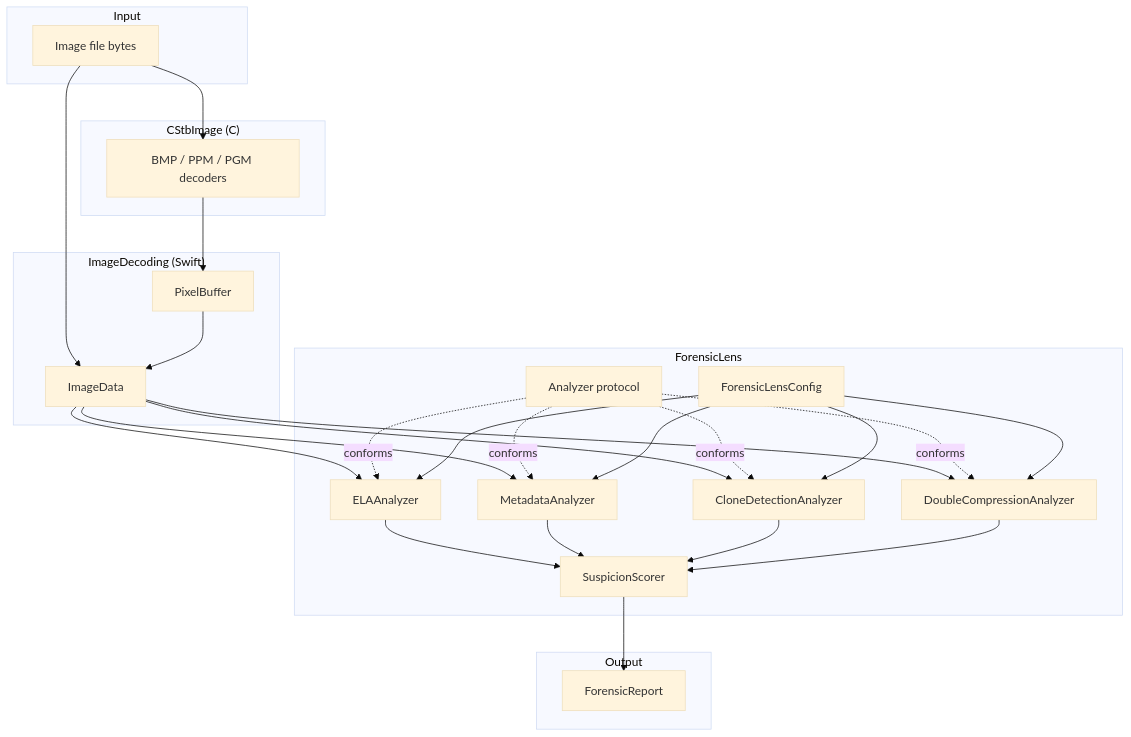
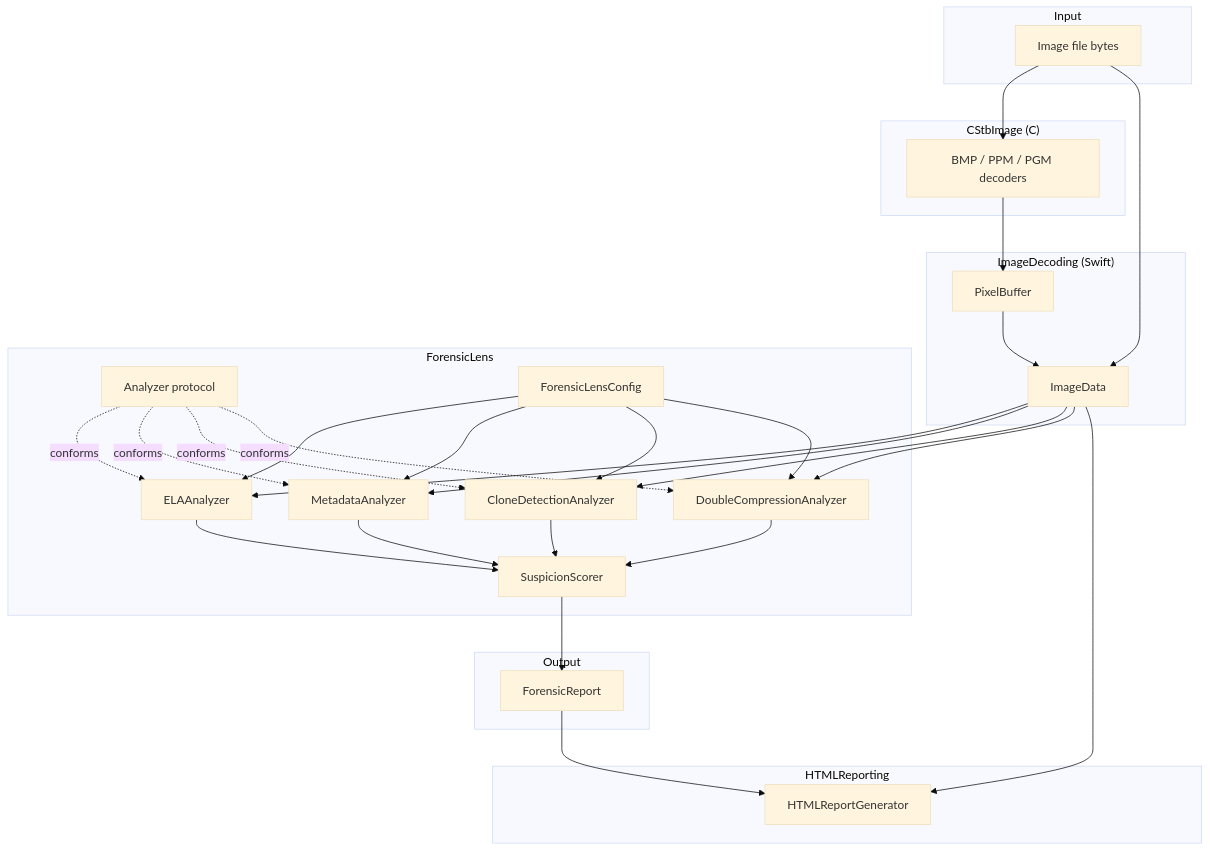
The diagram in README.md (Deipedra34/ForensicLens), drawn with Mermaid (base theme) before and after one commit. The commit also changed other lines of this file and 15 other files, not shown here.

First line of the commit message:
Add self-contained HTML visual report with region overlays

````diff
--- a/README.md
+++ b/README.md
@@ -31,51 +31,57 @@
 ```mermaid
 flowchart TB
     subgraph Input
         File[Image file bytes]
     end
 
     subgraph CStbImage["CStbImage (C)"]
         Decode[BMP / PPM / PGM decoders]
     end
 
     subgraph ImageDecoding["ImageDecoding (Swift)"]
         PixelBuffer[PixelBuffer]
         ImageData[ImageData]
     end
 
     subgraph ForensicLens["ForensicLens"]
         Analyzer["Analyzer protocol"]
         ELA[ELAAnalyzer]
         Meta[MetadataAnalyzer]
         Clone[CloneDetectionAnalyzer]
         DoubleComp[DoubleCompressionAnalyzer]
         Scorer[SuspicionScorer]
         Config[ForensicLensConfig]
     end
 
     subgraph Output
         Report[ForensicReport]
     end
 
+    subgraph HTMLReporting["HTMLReporting"]
+        HTML[HTMLReportGenerator]
+    end
+
     File --> Decode
     Decode --> PixelBuffer
     File --> ImageData
     PixelBuffer --> ImageData
     ImageData --> ELA
     ImageData --> Meta
     ImageData --> Clone
     ImageData --> DoubleComp
     Analyzer -.conforms.-> ELA
     Analyzer -.conforms.-> Meta
     Analyzer -.conforms.-> Clone
     Analyzer -.conforms.-> DoubleComp
     Config --> ELA
     Config --> Meta
     Config --> Clone
     Config --> DoubleComp
     ELA --> Scorer
     Meta --> Scorer
     Clone --> Scorer
     DoubleComp --> Scorer
     Scorer --> Report
+    Report --> HTML
+    ImageData --> HTML
 ```
````
